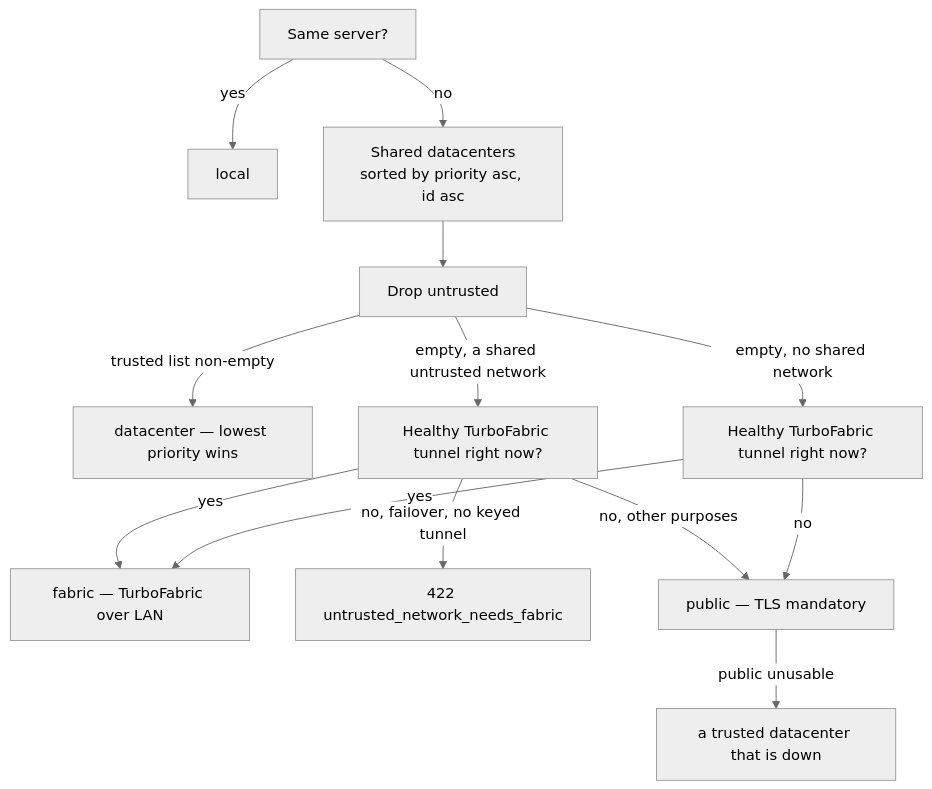
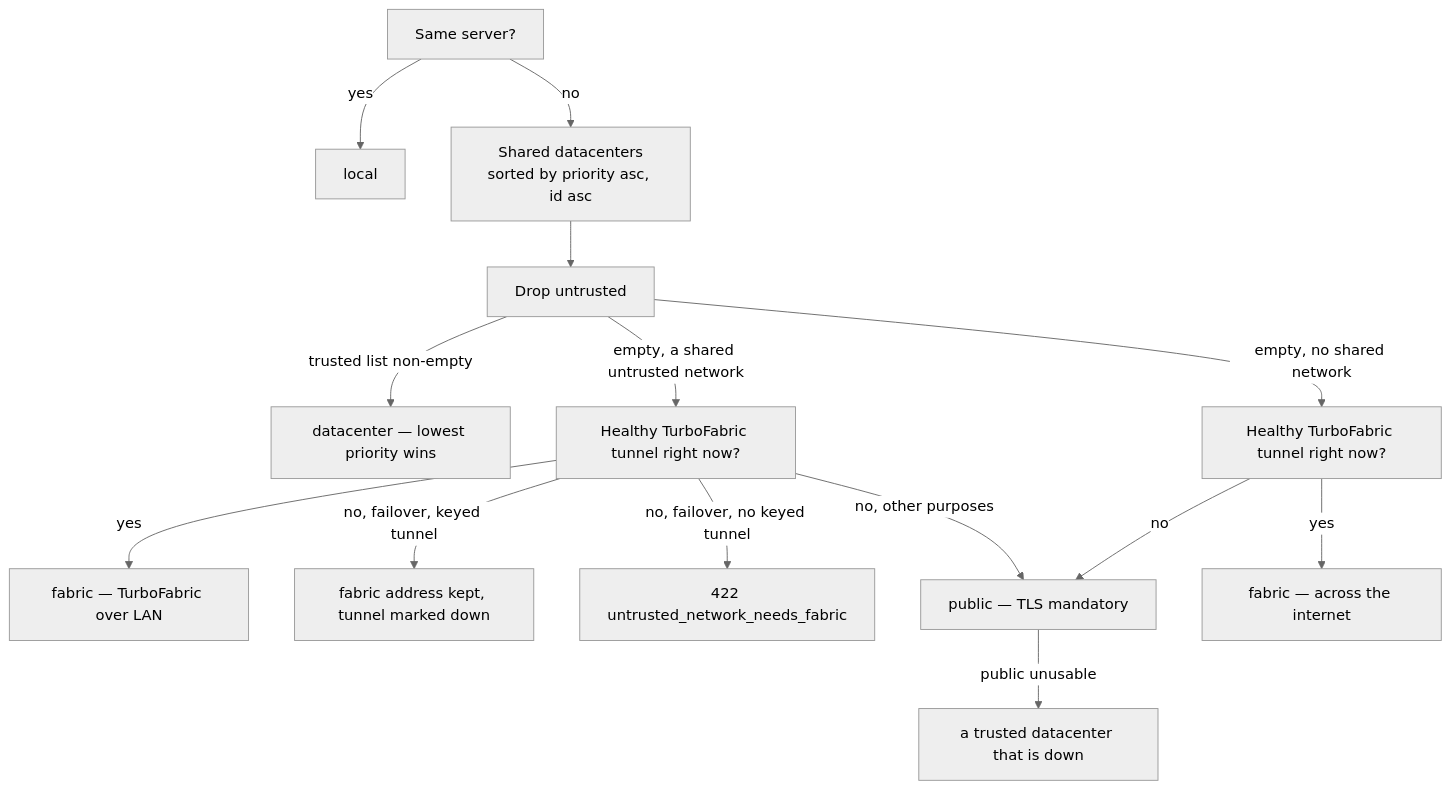
Before and after one commit to TurboPanel/website: the diagram in docs/architecture/datacenter-networks.mdx, drawn with Mermaid (neutral theme). The commit also changed 3 other files, not shown here.

Commit message:
docs(network): fix flowchart branches and error wording

````diff
--- a/docs/architecture/datacenter-networks.mdx
+++ b/docs/architecture/datacenter-networks.mdx
@@ -71,15 +71,16 @@
 ```mermaid
 flowchart TD
   A["Same server?"] -->|yes| L["local"]
   A -->|no| B["Shared datacenters<br/>sorted by priority asc, id asc"]
   B --> C["Drop untrusted"]
   C -->|"trusted list non-empty"| D["datacenter — lowest priority wins"]
   C -->|"empty, a shared untrusted network"| F["Healthy TurboFabric tunnel right now?"]
   F -->|yes| G["fabric — TurboFabric over LAN"]
+  F -->|"no, failover, keyed tunnel"| K["fabric address kept, tunnel marked down"]
   F -->|"no, failover, no keyed tunnel"| E["422 untrusted_network_needs_fabric"]
   F -->|"no, other purposes"| H["public — TLS mandatory"]
   C -->|"empty, no shared network"| F2["Healthy TurboFabric tunnel right now?"]
-  F2 -->|yes| G
+  F2 -->|yes| G2["fabric — across the internet"]
   F2 -->|no| H
   H -->|"public unusable"| I["a trusted datacenter that is down"]
 ```
````
